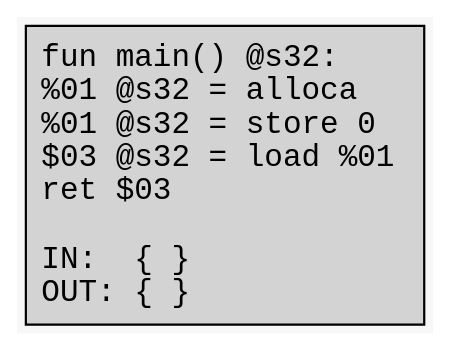
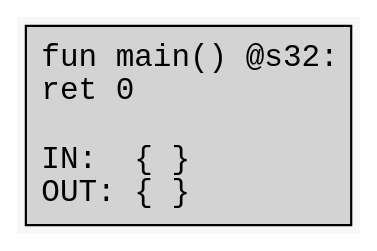
The diagram in example/hello_world/hello_world.dot (ArkoiSystems/arkoi_language), drawn with Graphviz before and after one commit. The commit also changed 12 other files, not shown here.

```diff
--- a/example/hello_world/hello_world.dot
+++ b/example/hello_world/hello_world.dot
@@ -1,9 +1,9 @@
 digraph CFG {
 	graph [fontname = "Monospace"];
 	node  [fontname = "Monospace", shape=box, style=filled, margin=0.1];
 	edge  [fontname = "Monospace"];
 	bgcolor = "#f7f7f7";
 	splines = false;
 
-	L0 [label="fun main() @s32:\l %01 @s32 = alloca\l %01 @s32 = store 0\l $03 @s32 = load %01\l ret $03\l\lIN:  { }\lOUT: { }\l"];
+	L0 [label="fun main() @s32:\l ret 0\l\lIN:  { }\lOUT: { }\l"];
 }
```
